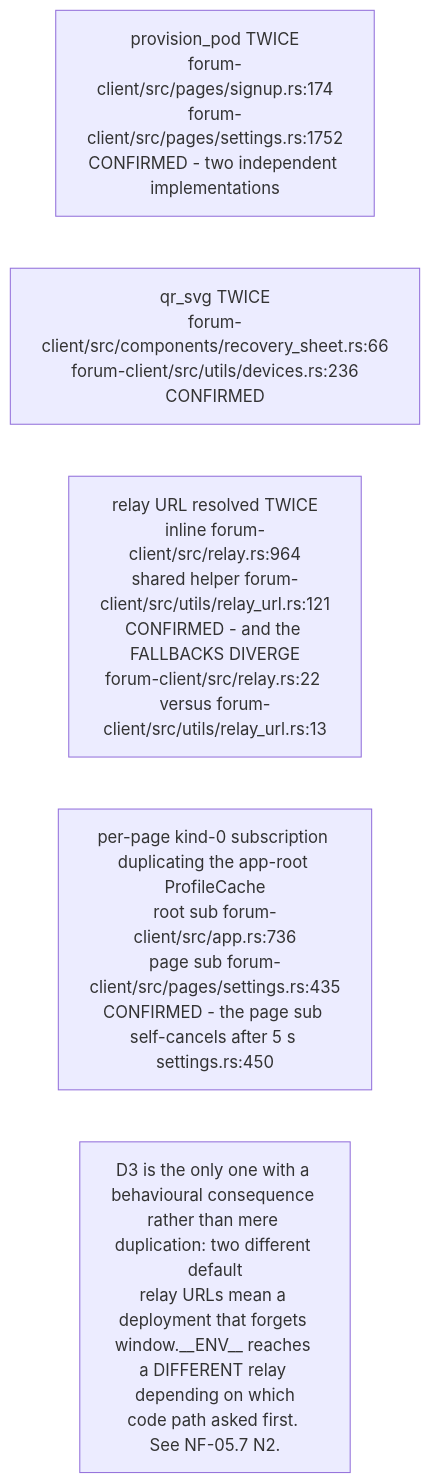
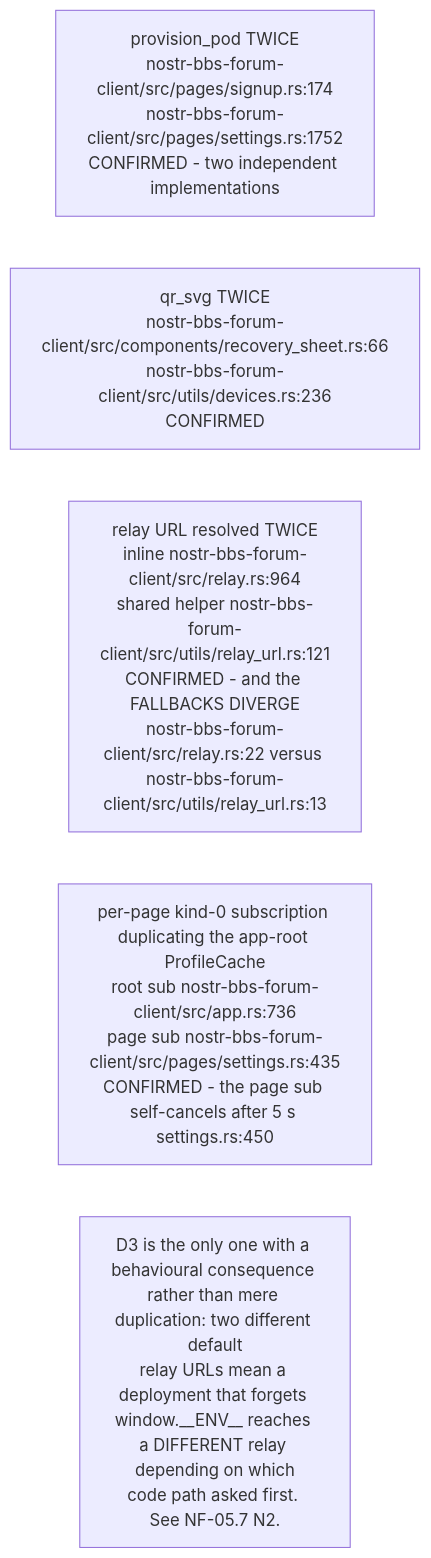
The fifth of 10 diagrams in docs/diagrams/nostr-rust-forum/10-invariants-and-anomaly-register.md (DreamLab-AI/VisionFlow), drawn with Mermaid before and after one commit. The commit also changed other lines of this file and 185 other files, not shown here.

Commit message:
docs(estate): reconcile diagrams and ADRs with source and define closeout sprint

````diff
--- a/docs/diagrams/nostr-rust-forum/10-invariants-and-anomaly-register.md
+++ b/docs/diagrams/nostr-rust-forum/10-invariants-and-anomaly-register.md
@@ -115,9 +117,9 @@
 ```mermaid
 flowchart LR
-    D1["provision_pod TWICE<br/>forum-client/src/pages/signup.rs:174<br/>forum-client/src/pages/settings.rs:1752<br/>CONFIRMED - two independent implementations"]
-    D2["qr_svg TWICE<br/>forum-client/src/components/recovery_sheet.rs:66<br/>forum-client/src/utils/devices.rs:236<br/>CONFIRMED"]
-    D3["relay URL resolved TWICE<br/>inline forum-client/src/relay.rs:964<br/>shared helper forum-client/src/utils/relay_url.rs:121<br/>CONFIRMED - and the FALLBACKS DIVERGE<br/>forum-client/src/relay.rs:22 versus forum-client/src/utils/relay_url.rs:13"]
-    D4["per-page kind-0 subscription duplicating the app-root ProfileCache<br/>root sub forum-client/src/app.rs:736<br/>page sub forum-client/src/pages/settings.rs:435<br/>CONFIRMED - the page sub self-cancels after 5 s settings.rs:450"]
+    D1["provision_pod TWICE<br/>nostr-bbs-forum-client/src/pages/signup.rs:174<br/>nostr-bbs-forum-client/src/pages/settings.rs:1752<br/>CONFIRMED - two independent implementations"]
+    D2["qr_svg TWICE<br/>nostr-bbs-forum-client/src/components/recovery_sheet.rs:66<br/>nostr-bbs-forum-client/src/utils/devices.rs:236<br/>CONFIRMED"]
+    D3["relay URL resolved TWICE<br/>inline nostr-bbs-forum-client/src/relay.rs:964<br/>shared helper nostr-bbs-forum-client/src/utils/relay_url.rs:121<br/>CONFIRMED - and the FALLBACKS DIVERGE<br/>nostr-bbs-forum-client/src/relay.rs:22 versus nostr-bbs-forum-client/src/utils/relay_url.rs:13"]
+    D4["per-page kind-0 subscription duplicating the app-root ProfileCache<br/>root sub nostr-bbs-forum-client/src/app.rs:736<br/>page sub nostr-bbs-forum-client/src/pages/settings.rs:435<br/>CONFIRMED - the page sub self-cancels after 5 s settings.rs:450"]
 
     N1["D3 is the only one with a behavioural consequence rather than mere duplication: two different default<br/>relay URLs mean a deployment that forgets window.__ENV__ reaches a DIFFERENT relay depending on which<br/>code path asked first. See NF-05.7 N2."]
 ```
````
